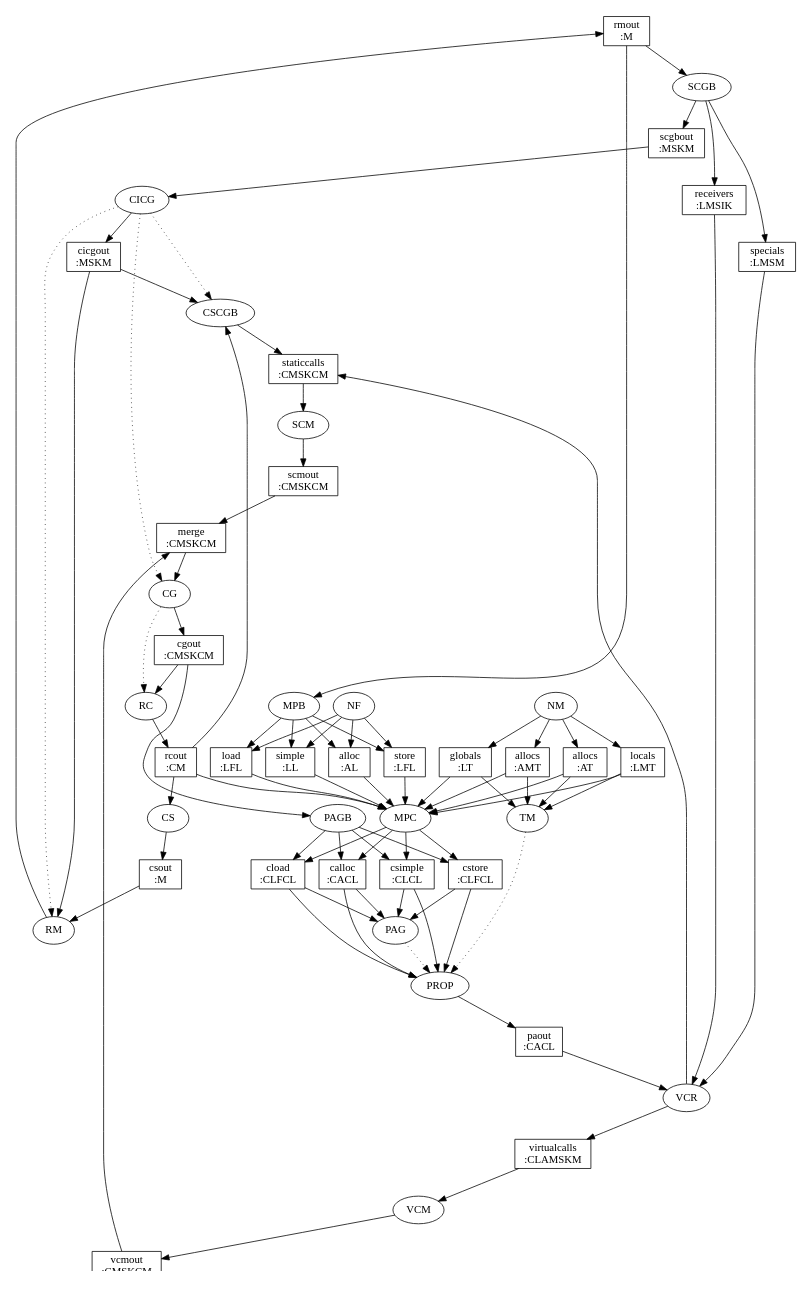
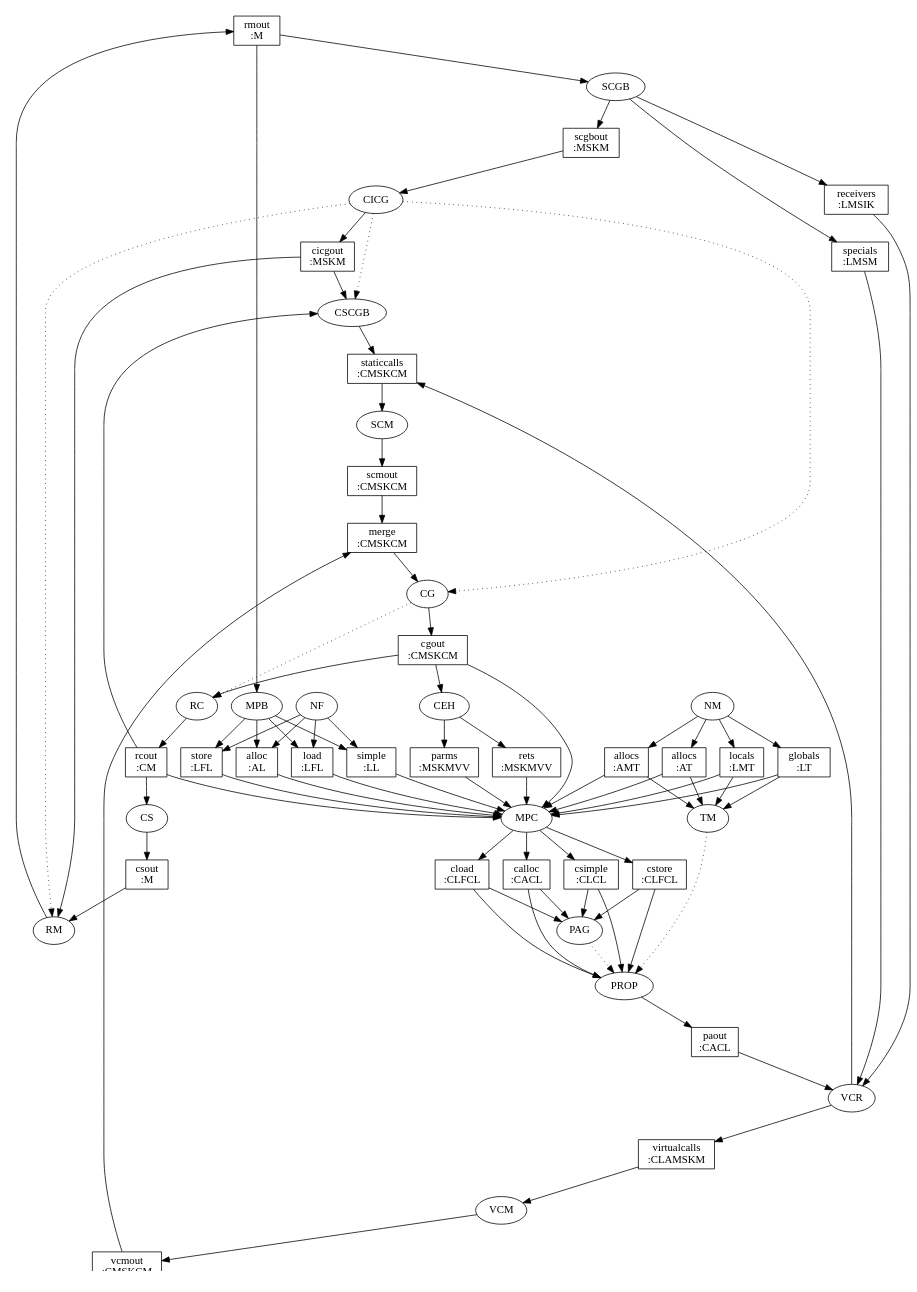
Before and after one commit to insightfullogic/insightfullogic-soot: the diagram in src/soot/jimple/paddle/overview.dot, drawn with Graphviz. The commit also changed 428 other files, not shown here.

```diff
--- a/src/soot/jimple/paddle/overview.dot
+++ b/src/soot/jimple/paddle/overview.dot
@@ -1,131 +1,133 @@
 digraph overview {
     size="7.5,10";
     mclimit=100.0;
     nslimit=100.0;
     node [shape=box];
 
 
     rmout [label="rmout\n:M"];
     scgbout [label="scgbout\n:MSKM"];
     receivers [label="receivers\n:LMSIK"];
     specials [label="specials\n:LMSM"];
     cicgout [label="cicgout\n:MSKM"];
 
     staticcalls [label="staticcalls\n:CMSKCM"];
     scmout [label="scmout\n:CMSKCM"];
     cgout [label="cgout\n:CMSKCM"];
     rcout [label="rcout\n:CM"];
     csout [label="csout\n:M"];
+    parms [label="parms\n:MSKMVV"];
+    rets [label="rets\n:MSKMVV"];
 
     merge [label="merge\n:CMSKCM"];
 
     locals [label="locals\n:LMT"];
     globals [label="globals\n:LT"];
     localallocs [label="allocs\n:AMT"];
     globalallocs [label="allocs\n:AT"];
 
     simple [label="simple\n:LL"];
     store [label="store\n:LFL"];
     load [label="load\n:LFL"];
     alloc [label="alloc\n:AL"];
 
     csimple [label="csimple\n:CLCL"];
     cstore [label="cstore\n:CLFCL"];
     cload [label="cload\n:CLFCL"];
     calloc [label="calloc\n:CACL"];
 
     paout [label="paout\n:CACL"];
 
     virtualcalls [label="virtualcalls\n:CLAMSKM"];
 
     vcmout [label="vcmout\n:CMSKCM"];
 
     node [shape=ellipse];
 
     NM -> locals;
     NM -> globals;
     NM -> localallocs;
     NM -> globalallocs;
 
     scgbout -> CICG -> cicgout;
     cicgout -> RM -> rmout;
     CICG -> RM [style=dotted];
 
     rmout -> SCGB -> scgbout;
     SCGB -> receivers;
     SCGB -> specials;
 
     scmout -> merge;
     vcmout -> merge;
     merge -> CG -> cgout;
     CICG -> CG [style=dotted];
 
     cgout -> RC -> rcout;
     CG -> RC [style=dotted];
 
     rcout -> CS -> csout;
     csout -> RM;
 
     rcout -> CSCGB -> staticcalls;
     cicgout -> CSCGB;
     CICG -> CSCGB [style=dotted];
 
     rmout -> MPB;
     MPB -> simple;
     MPB -> store;
     MPB -> load;
     MPB -> alloc;
 
     simple -> MPC;
     store -> MPC;
     load -> MPC;
     alloc -> MPC;
     locals -> MPC;
     globals -> MPC;
     localallocs -> MPC;
     globalallocs -> MPC;
     rcout -> MPC;
+    parms -> MPC;
+    rets -> MPC;
+    cgout -> MPC;
     MPC -> csimple;
     MPC -> cstore;
     MPC -> cload;
     MPC -> calloc;
 
     csimple -> PAG;
     cload -> PAG;
     cstore -> PAG;
     calloc -> PAG;
 
     csimple -> PROP;
     cload -> PROP;
     cstore -> PROP;
     calloc -> PROP;
     PROP -> paout;
     PAG -> PROP [style=dotted];
 
     receivers -> VCR;
     specials -> VCR;
     paout -> VCR;
     VCR -> virtualcalls;
     VCR -> staticcalls;
 
     virtualcalls -> VCM -> vcmout;
 
     staticcalls -> SCM -> scmout;
 
-    cgout -> PAGB;
-    PAGB -> csimple;
-    PAGB -> cload;
-    PAGB -> cstore;
-    PAGB -> calloc;
+    cgout -> CEH -> parms;
+    CEH -> rets;
 
     NF -> simple;
     NF -> load;
     NF -> store;
     NF -> alloc;
 
     locals -> TM;
     globals -> TM;
     localallocs -> TM;
     globalallocs -> TM;
     TM -> PROP [style=dotted];
 }
```
